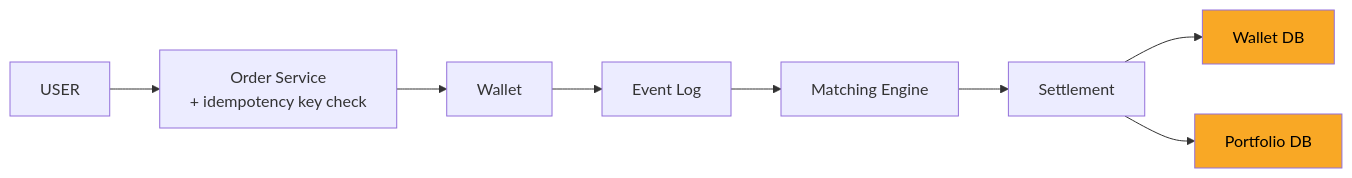
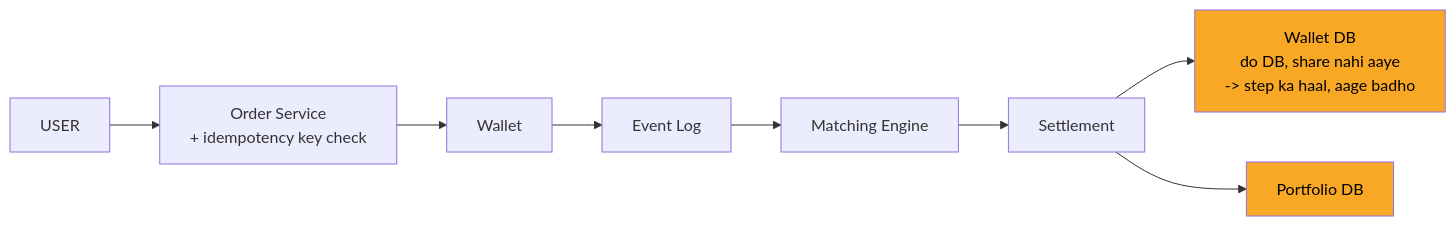
One commit to ArpanMaheshwari144/Prep changed the eighth of 10 diagrams in 04_HLD/SYSTEM_DESIGNS/05_stock_broker_trading/05_stock_broker_trading.md. Above: the diagram before and after it, drawn with Mermaid. The commit also changed other lines of this file, not shown here.

````diff
--- a/04_HLD/SYSTEM_DESIGNS/05_stock_broker_trading/05_stock_broker_trading.md
+++ b/04_HLD/SYSTEM_DESIGNS/05_stock_broker_trading/05_stock_broker_trading.md
@@ -338,20 +338,20 @@
 ```mermaid
 flowchart LR
     n_USER["USER"]
     n_Order_Service["Order Service<br/>+ idempotency key check"]
     n_Wallet["Wallet"]
     n_Event_Log["Event Log"]
     n_Matching_Engine["Matching Engine"]
     n_Settlement["Settlement"]
-    n_Wallet_DB["Wallet DB"]
+    n_Wallet_DB["Wallet DB<br/>do DB, share nahi aaye<br/>-> step ka haal, aage badho"]
     n_Portfolio_DB["Portfolio DB"]
     n_USER --> n_Order_Service
     n_Order_Service --> n_Wallet
     n_Wallet --> n_Event_Log
     n_Event_Log --> n_Matching_Engine
     n_Matching_Engine --> n_Settlement
     n_Settlement --> n_Wallet_DB
     n_Settlement --> n_Portfolio_DB
     style n_Wallet_DB fill:#f9a825,color:#000
     style n_Portfolio_DB fill:#f9a825,color:#000
 ```
````
